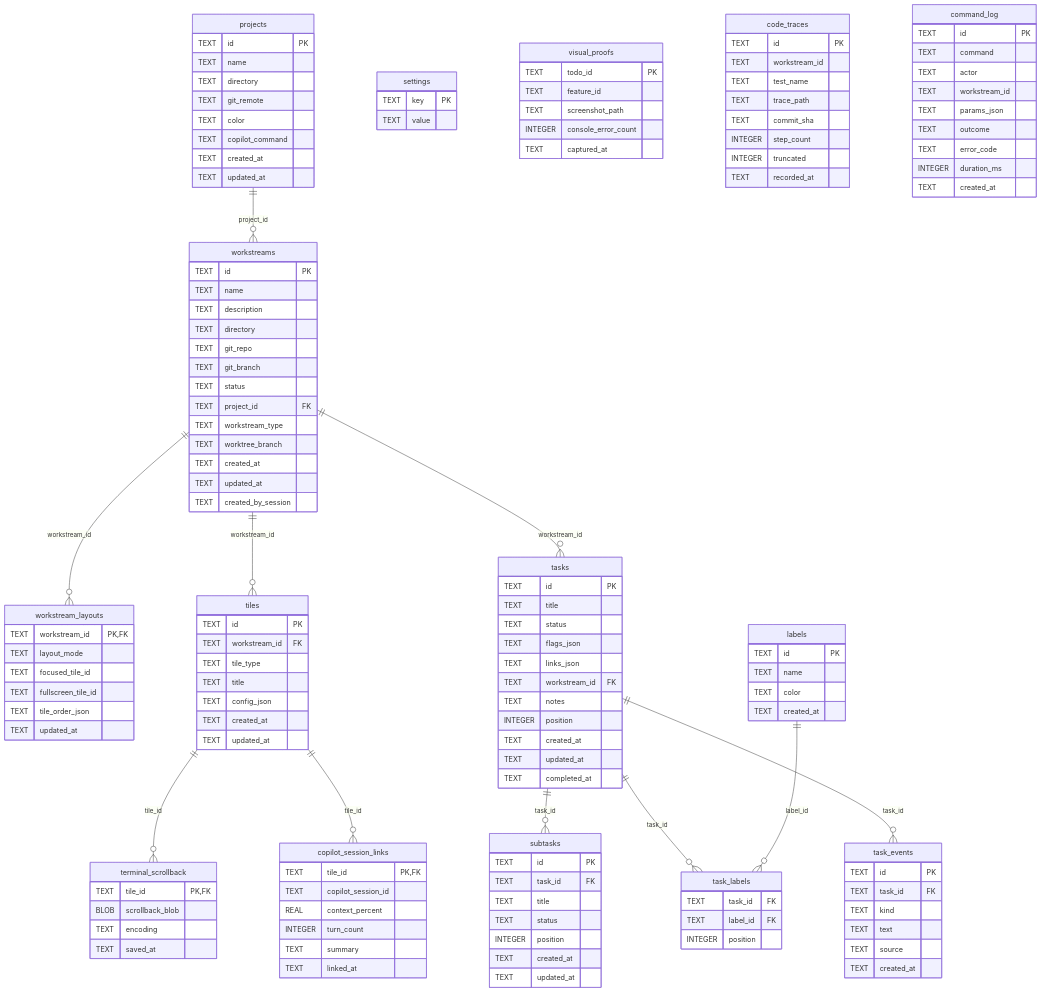
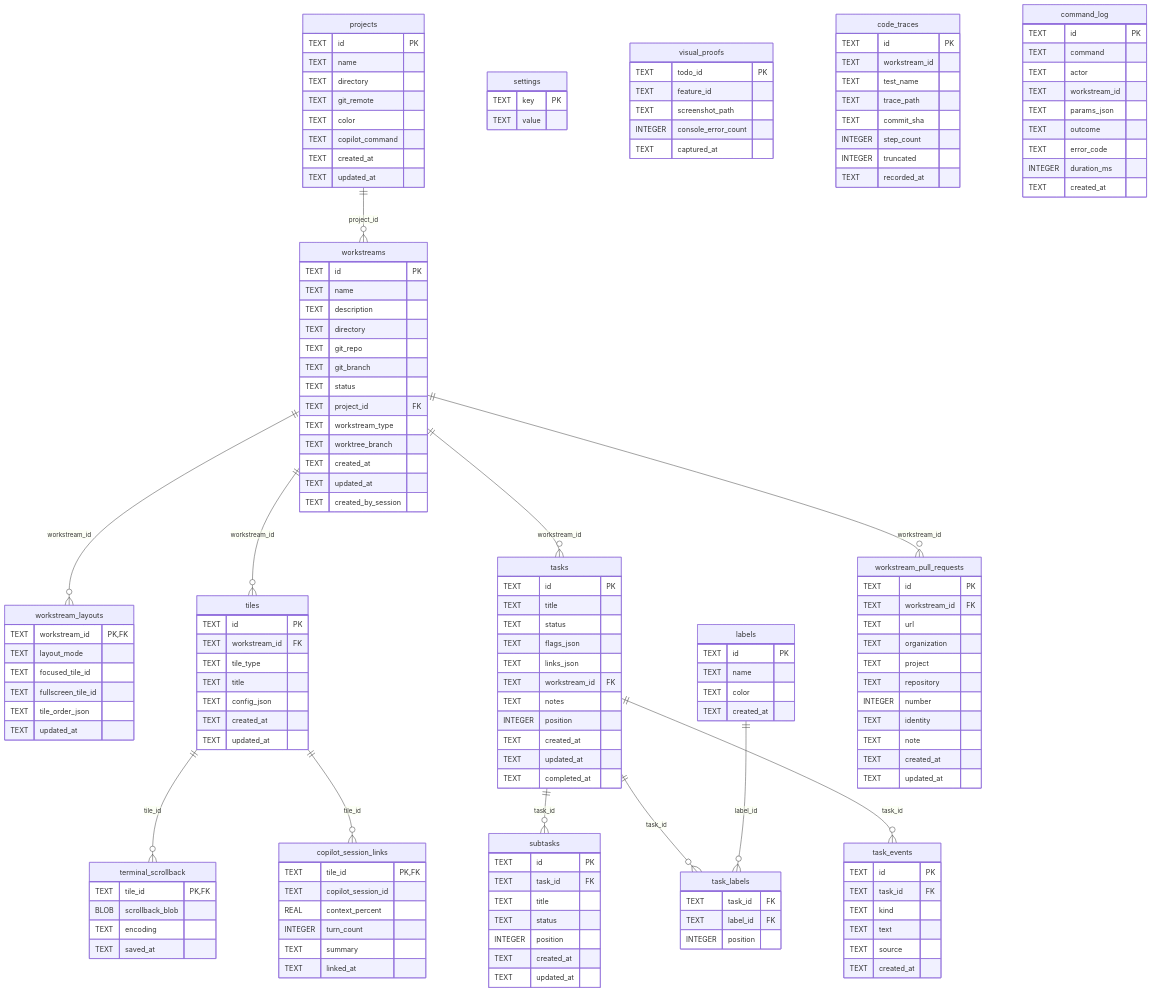
Before and after one commit to alejandroechev/workstreams: the diagram in docs/db-model.md, drawn with Mermaid. The commit also changed other lines of this file and 8 other files, not shown here.

First line of the commit message:
Link pull requests to workstreams

````diff
--- a/docs/db-model.md
+++ b/docs/db-model.md
@@ -27,6 +27,7 @@
   tasks ||--o{ task_labels : "task_id"
   labels ||--o{ task_labels : "label_id"
   tasks ||--o{ task_events : "task_id"
+  workstreams ||--o{ workstream_pull_requests : "workstream_id"
   projects {
     TEXT id PK
     TEXT name
@@ -156,4 +157,17 @@
     INTEGER duration_ms
     TEXT created_at
   }
+  workstream_pull_requests {
+    TEXT id PK
+    TEXT workstream_id FK
+    TEXT url
+    TEXT organization
+    TEXT project
+    TEXT repository
+    INTEGER number
+    TEXT identity
+    TEXT note
+    TEXT created_at
+    TEXT updated_at
+  }
 ```
````
